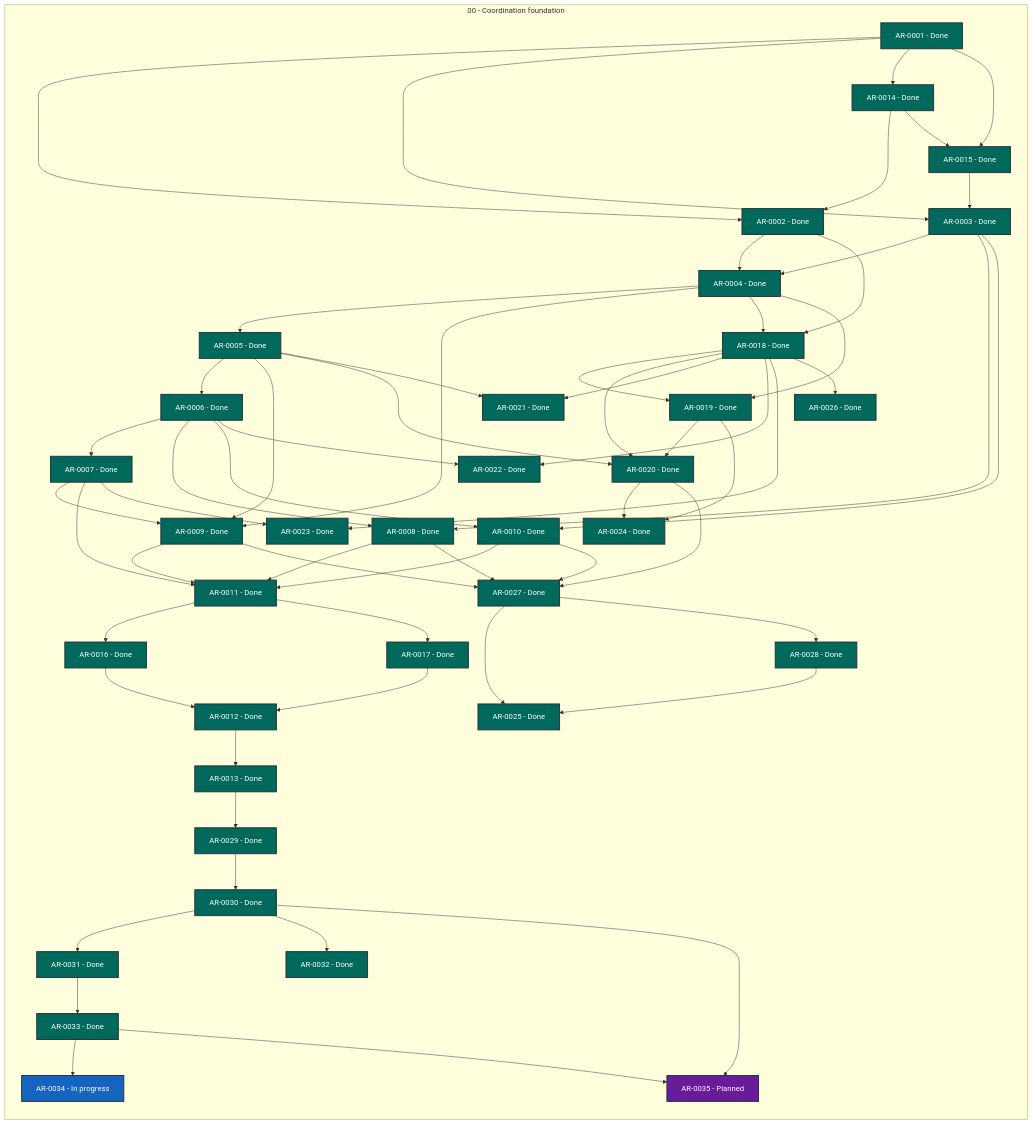
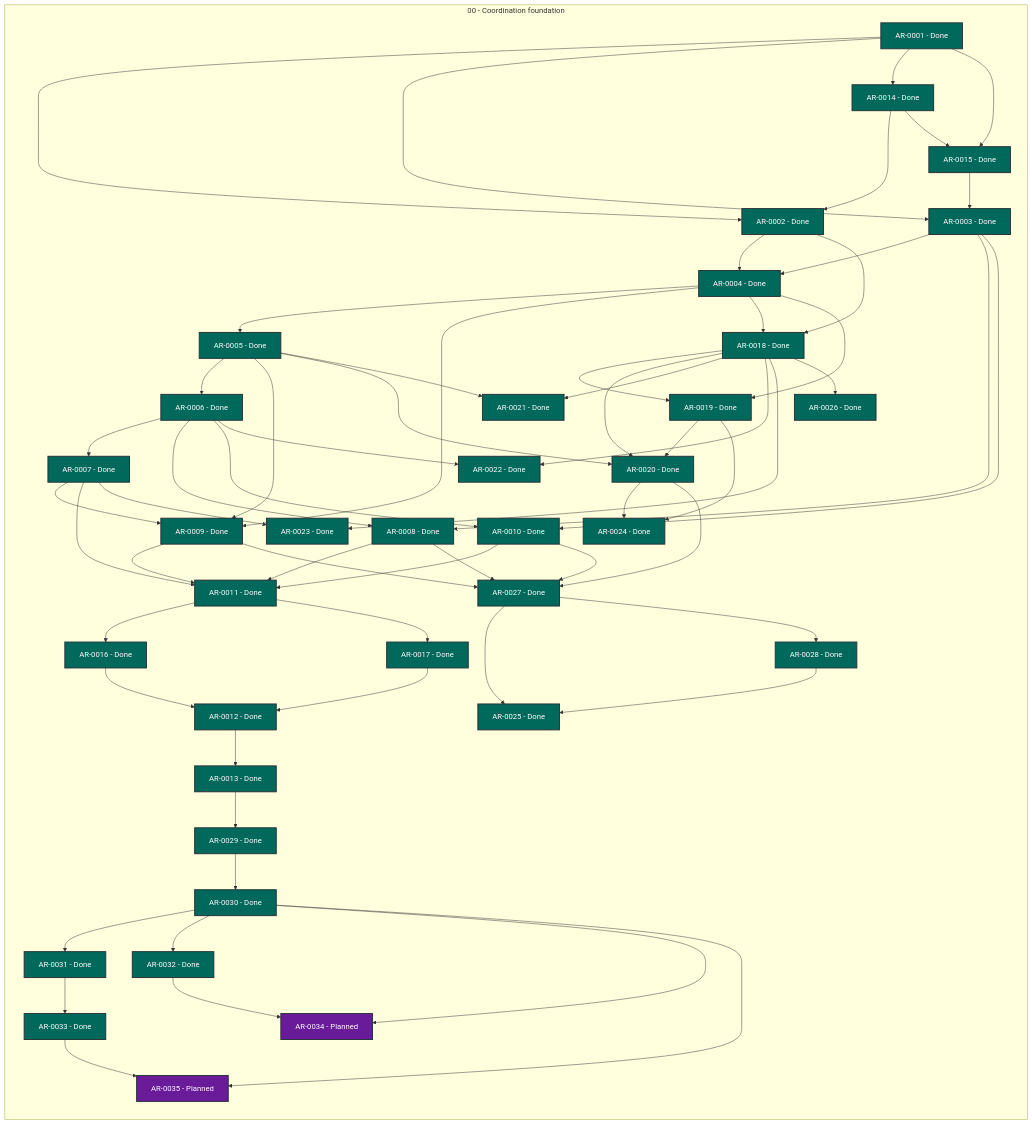
Before and after one commit to martin-beck/agent-workflow-tui-state: the diagram in STATUS.md, drawn with Mermaid. The commit also changed other lines of this file and 3 other files, not shown here.

```diff
--- a/STATUS.md
+++ b/STATUS.md
@@ -61,7 +61,7 @@
         AR_0031["AR-0031 - Done"]:::status_done
         AR_0032["AR-0032 - Done"]:::status_done
         AR_0033["AR-0033 - Done"]:::status_done
-        AR_0034["AR-0034 - In progress"]:::status_in_progress
+        AR_0034["AR-0034 - Planned"]:::status_planned
         AR_0035["AR-0035 - Planned"]:::status_planned
     end
     AR_0001 --> AR_0002
@@ -119,9 +119,10 @@
     AR_0029 --> AR_0030
     AR_0030 --> AR_0031
     AR_0030 --> AR_0032
+    AR_0030 --> AR_0034
     AR_0030 --> AR_0035
     AR_0031 --> AR_0033
-    AR_0033 --> AR_0034
+    AR_0032 --> AR_0034
     AR_0033 --> AR_0035
     classDef status_in_progress fill:#1565c0,color:#ffffff,stroke:#263238,stroke-width:2px
     classDef status_open fill:#2e7d32,color:#ffffff,stroke:#263238,stroke-width:2px
```
